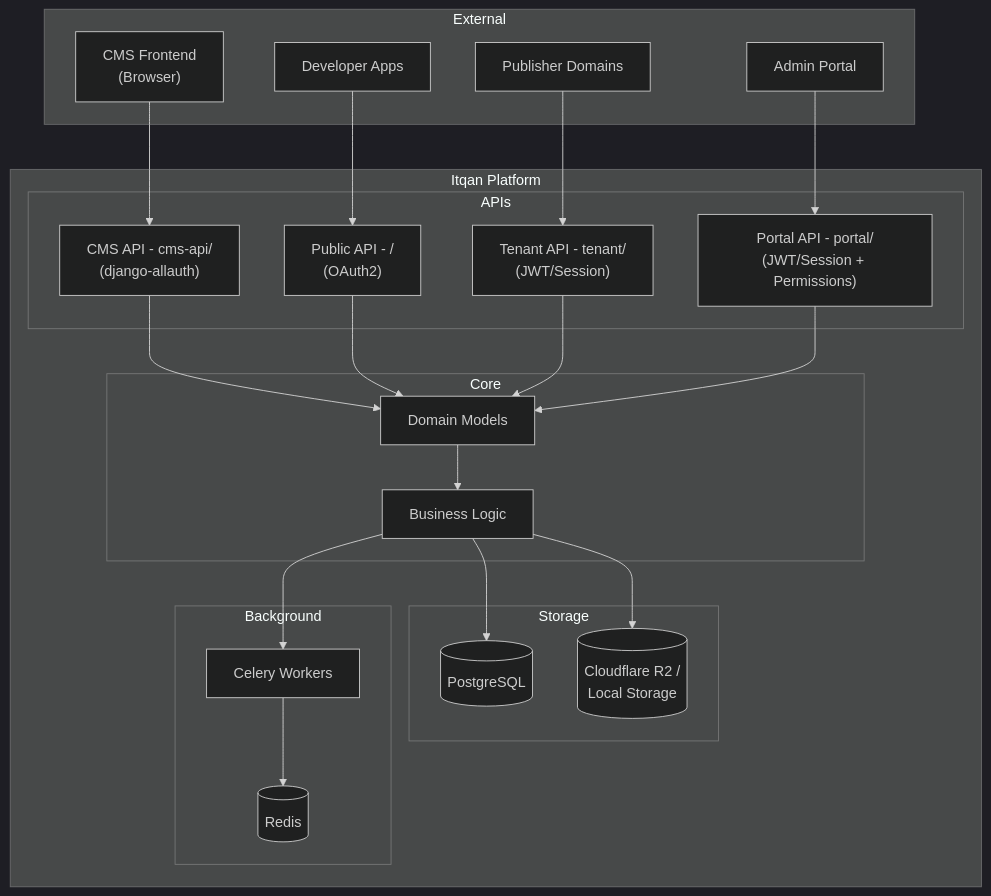
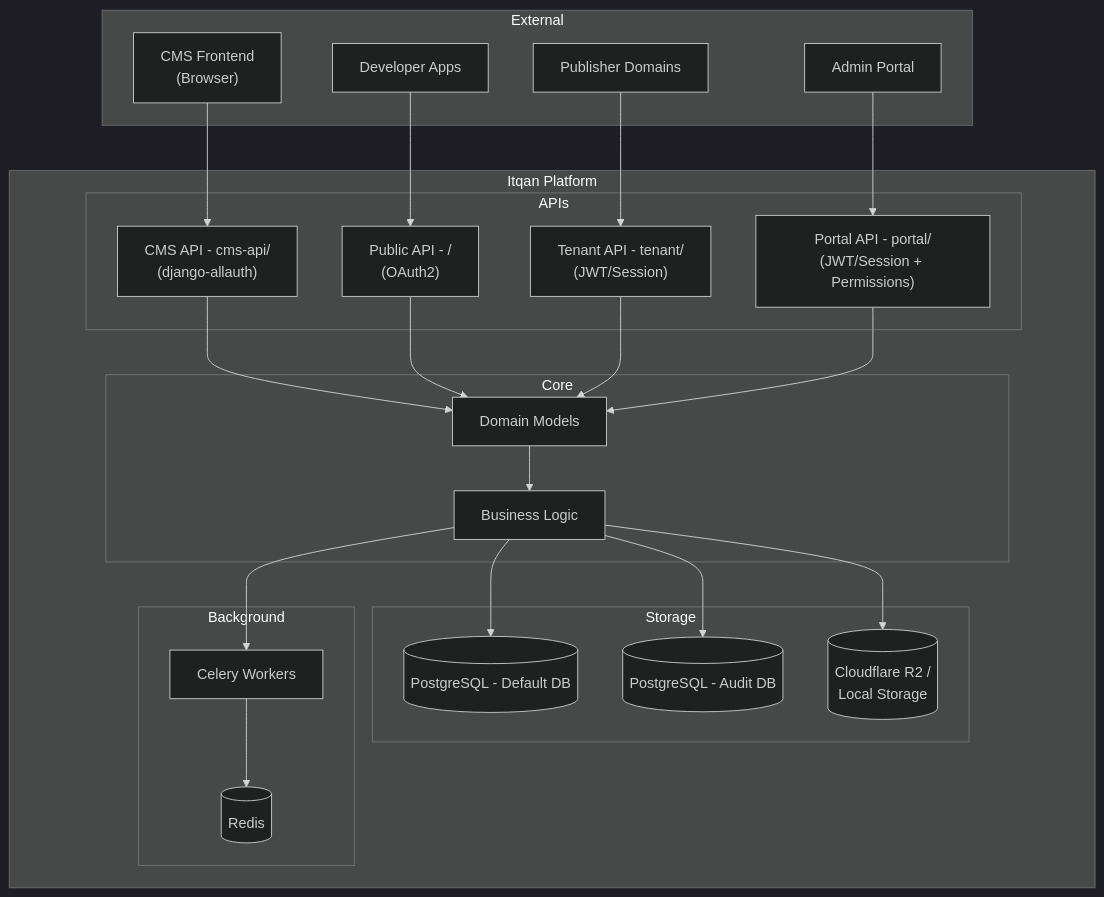
One commit to Itqan-community/cms-backend changed the seventh of 8 diagrams in docs/ARCHITECTURE.md. Above: the diagram before and after it, drawn with Mermaid (dark theme). The commit also changed other lines of this file and 13 other files, not shown here.

````diff
--- a/docs/ARCHITECTURE.md
+++ b/docs/ARCHITECTURE.md
@@ -406,47 +406,49 @@
 ```mermaid
 flowchart TB
     subgraph External
         Browser["CMS Frontend<br/>(Browser)"]
         DevApp["Developer Apps"]
         PubDomain["Publisher Domains"]
         AdminUI["Admin Portal"]
     end
 
     subgraph Itqan Platform
         subgraph APIs
             CMS["CMS API - cms-api/<br/>(django-allauth)"]
             PUB["Public API - /<br/>(OAuth2)"]
             TENANT["Tenant API - tenant/<br/>(JWT/Session)"]
             PORTAL["Portal API - portal/<br/>(JWT/Session + Permissions)"]
         end
 
         subgraph Core
             Models["Domain Models"]
             Services["Business Logic"]
         end
 
         subgraph Storage
-            DB[(PostgreSQL)]
+            DB[(PostgreSQL - Default DB)]
+            AuditDB[(PostgreSQL - Audit DB)]
             Files[(Cloudflare R2 /<br/>Local Storage)]
         end
 
         subgraph Background
             Celery["Celery Workers"]
             Redis[(Redis)]
         end
     end
 
     Browser --> CMS
     DevApp --> PUB
     PubDomain --> TENANT
     AdminUI --> PORTAL
     CMS --> Models
     PUB --> Models
     TENANT --> Models
     PORTAL --> Models
     Models --> Services
     Services --> DB
+    Services --> AuditDB
     Services --> Files
     Services --> Celery
     Celery --> Redis
 ```
````
